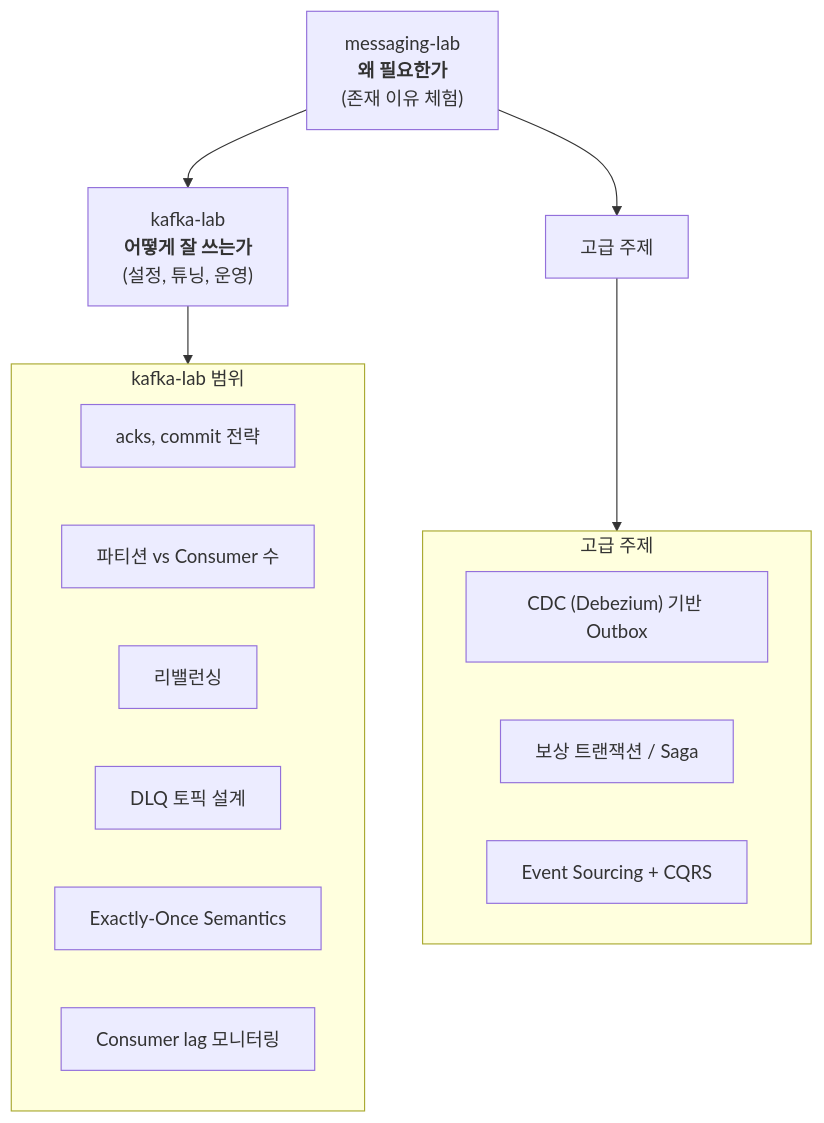
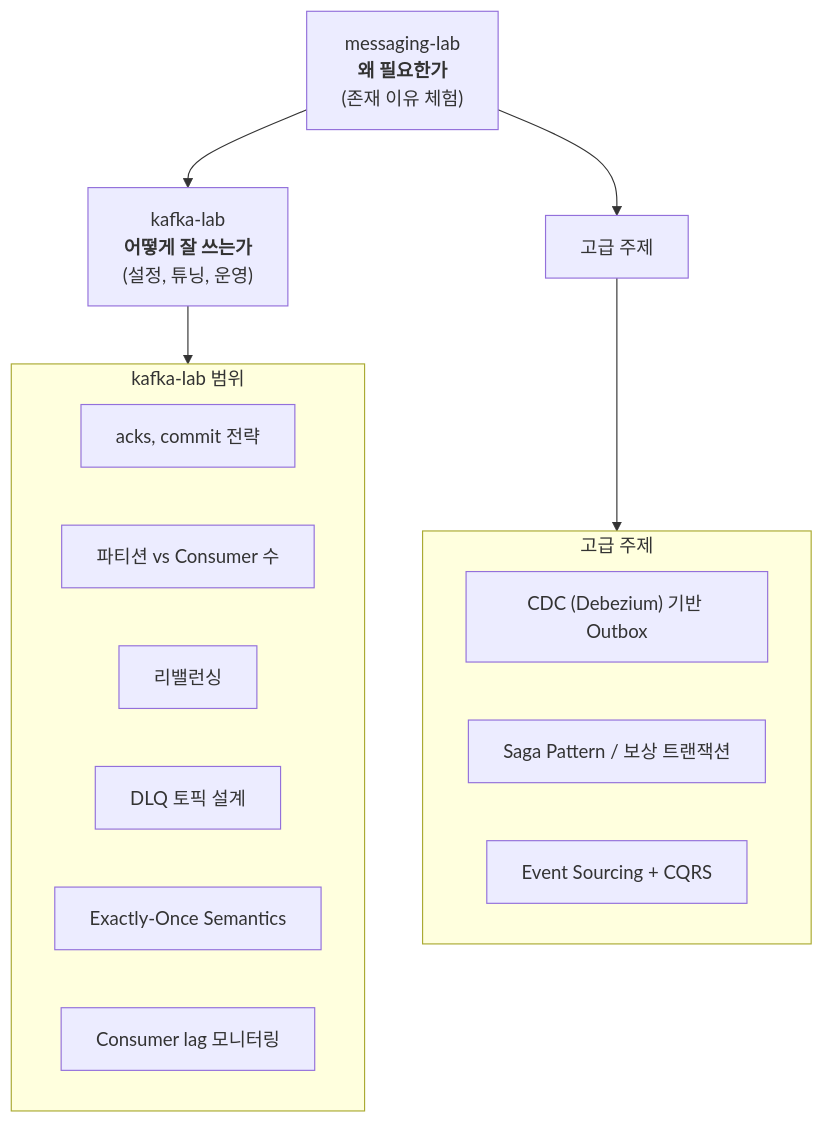
Before and after one commit to katiekim17/messaging-lab: the fourth of 4 diagrams in EDA-OVERVIEW.md, drawn with Mermaid. The commit also changed other lines of this file and 1 other file, not shown here.

````diff
--- a/EDA-OVERVIEW.md
+++ b/EDA-OVERVIEW.md
@@ -161,27 +260,27 @@
 ```mermaid
 flowchart TD
     ML["messaging-lab<br/><b>왜 필요한가</b><br/>(존재 이유 체험)"]
     KL["kafka-lab<br/><b>어떻게 잘 쓰는가</b><br/>(설정, 튜닝, 운영)"]
     ADV["고급 주제"]
 
     ML --> KL
     ML --> ADV
 
     subgraph KL_TOPICS["kafka-lab 범위"]
         K1["acks, commit 전략"]
         K2["파티션 vs Consumer 수"]
         K3["리밸런싱"]
         K4["DLQ 토픽 설계"]
         K5["Exactly-Once Semantics"]
         K6["Consumer lag 모니터링"]
     end
 
     subgraph ADV_TOPICS["고급 주제"]
         A1["CDC (Debezium) 기반 Outbox"]
-        A2["보상 트랜잭션 / Saga"]
+        A2["Saga Pattern / 보상 트랜잭션"]
         A3["Event Sourcing + CQRS"]
     end
 
     KL --> KL_TOPICS
     ADV --> ADV_TOPICS
 ```
````
